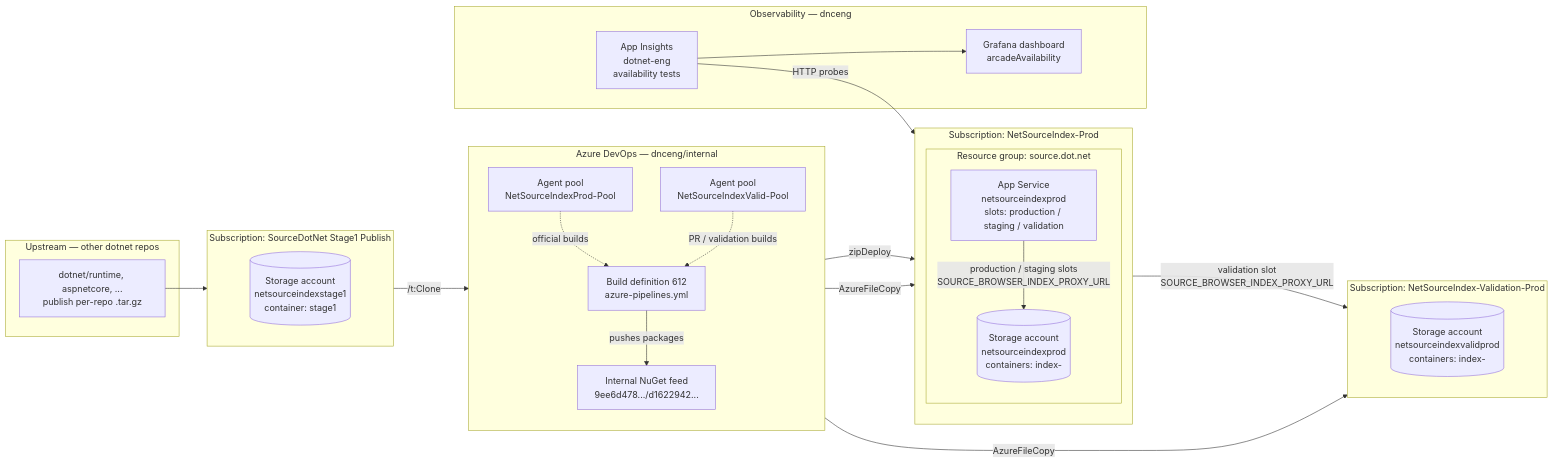
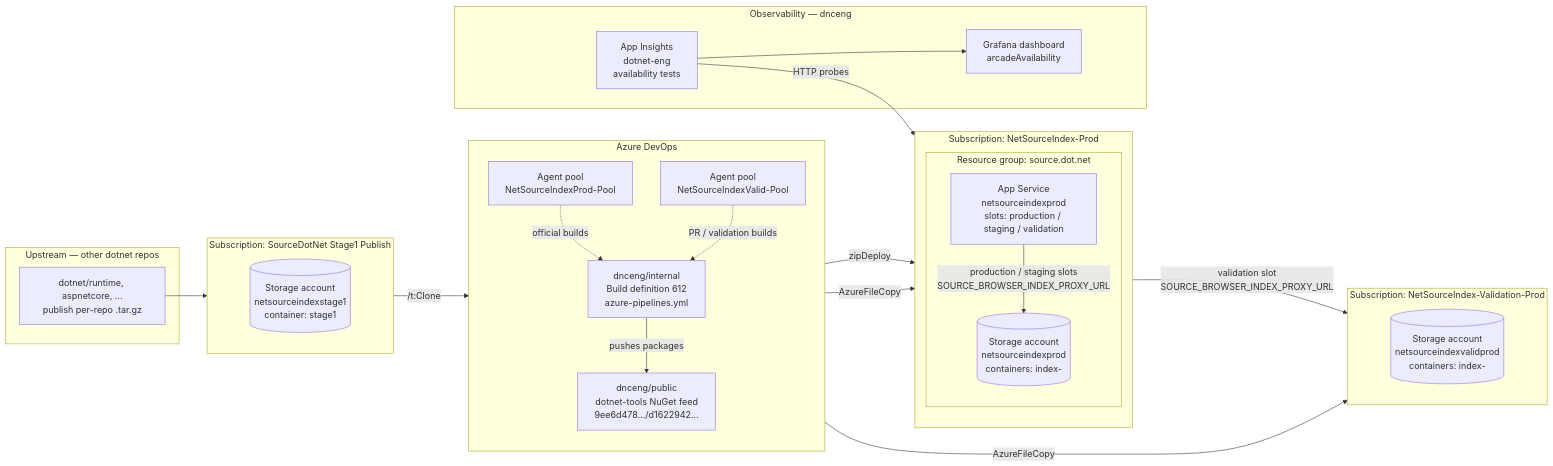
One commit to dotnet/source-indexer changed the diagram in docs/handoff/06-azure-infrastructure.md. Above: the diagram before and after it, drawn with Mermaid. The commit also changed other lines of this file and 6 other files, not shown here.

````diff
--- a/docs/handoff/06-azure-infrastructure.md
+++ b/docs/handoff/06-azure-infrastructure.md
@@ -16,50 +16,50 @@
 ```mermaid
 flowchart LR
     subgraph EXT[Upstream — other dotnet repos]
       EXTREPOS[dotnet/runtime, aspnetcore, ...<br/>publish per-repo .tar.gz]
     end
 
     subgraph SUB_S1[Subscription: SourceDotNet Stage1 Publish]
       direction TB
       STAGE1[(Storage account<br/>netsourceindexstage1<br/>container: stage1)]
     end
 
-    subgraph ADO[Azure DevOps — dnceng/internal]
+    subgraph ADO[Azure DevOps]
       direction TB
-      PIPE[Build definition 612<br/>azure-pipelines.yml]
-      FEED[Internal NuGet feed<br/>9ee6d478.../d1622942...]
+      PIPE[dnceng/internal<br/>Build definition 612<br/>azure-pipelines.yml]
+      FEED[dnceng/public<br/>dotnet-tools NuGet feed<br/>9ee6d478.../d1622942...]
       POOL_P[Agent pool<br/>NetSourceIndexProd-Pool]
       POOL_V[Agent pool<br/>NetSourceIndexValid-Pool]
     end
 
     subgraph SUB_PROD[Subscription: NetSourceIndex-Prod]
       direction TB
       subgraph RG_PROD[Resource group: source.dot.net]
         APP[App Service<br/>netsourceindexprod<br/>slots: production / staging / validation]
         STPROD[(Storage account<br/>netsourceindexprod<br/>containers: index-<GUID>)]
       end
     end
 
     subgraph SUB_VAL[Subscription: NetSourceIndex-Validation-Prod]
       direction TB
       STVAL[(Storage account<br/>netsourceindexvalidprod<br/>containers: index-<GUID>)]
     end
 
     subgraph OBS[Observability — dnceng]
       AI[App Insights<br/>dotnet-eng<br/>availability tests]
       GR[Grafana dashboard<br/>arcadeAvailability]
     end
 
     EXTREPOS --> STAGE1
     STAGE1 -- /t:Clone --> PIPE
     PIPE -- pushes packages --> FEED
     POOL_P -. official builds .-> PIPE
     POOL_V -. PR / validation builds .-> PIPE
     PIPE -- zipDeploy --> APP
     PIPE -- AzureFileCopy --> STPROD
     PIPE -- AzureFileCopy --> STVAL
     APP -- production / staging slots<br/>SOURCE_BROWSER_INDEX_PROXY_URL --> STPROD
     APP -- validation slot<br/>SOURCE_BROWSER_INDEX_PROXY_URL --> STVAL
     AI -- HTTP probes --> APP
     AI --> GR
 ```
````
